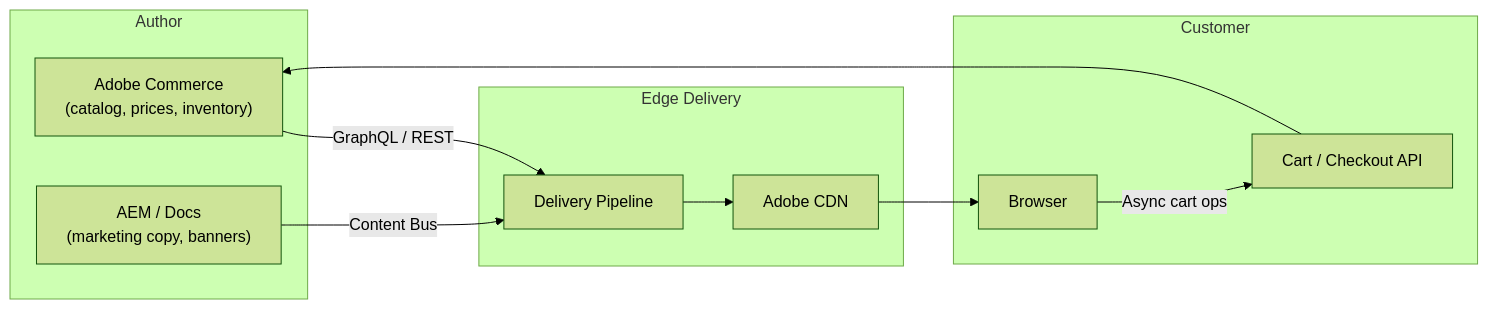
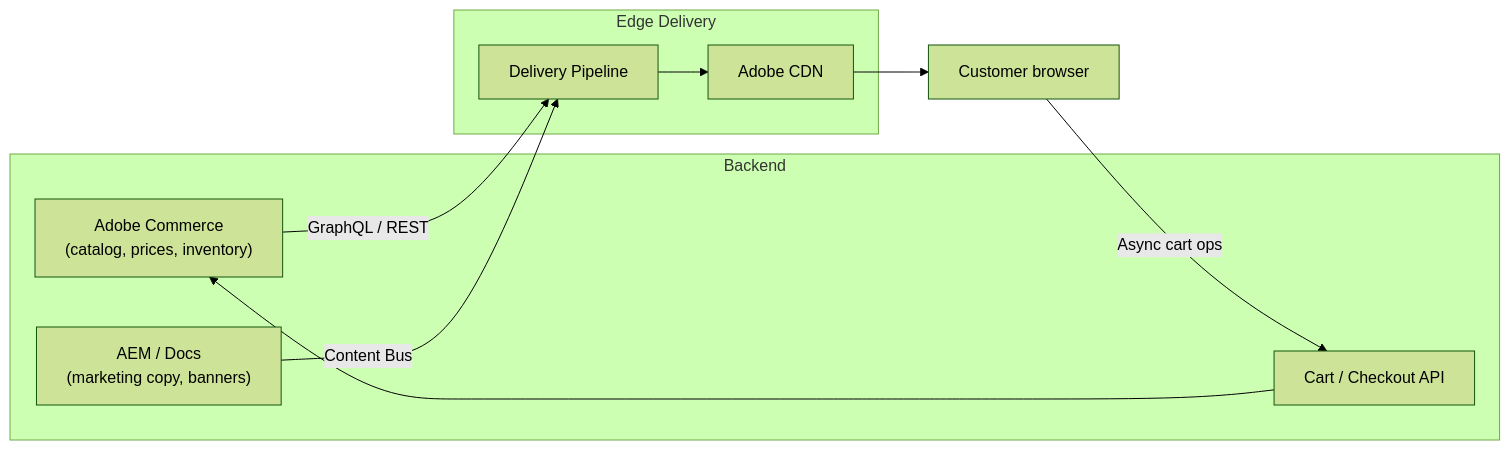
Before and after one commit to LucaNerlich/lucanerlich.com: the diagram in docs/aem/edge-delivery/commerce.mdx, drawn with Mermaid (forest theme). The commit also changed other lines of this file and 111 other files, not shown here.

````diff
--- a/docs/aem/edge-delivery/commerce.mdx
+++ b/docs/aem/edge-delivery/commerce.mdx
@@ -20,24 +20,22 @@
 ```mermaid
 graph LR
-    subgraph "Author"
+    subgraph "Backend"
         Catalog["Adobe Commerce<br/>(catalog, prices, inventory)"]
         Content["AEM / Docs<br/>(marketing copy, banners)"]
+        Cart["Cart / Checkout API"]
     end
 
     subgraph "Edge Delivery"
         Pipeline["Delivery Pipeline"]
         CDN["Adobe CDN"]
     end
 
-    subgraph "Customer"
-        Browser["Browser"]
-        Cart["Cart / Checkout API"]
-    end
+    Browser["Customer browser"]
 
     Catalog -->|"GraphQL / REST"| Pipeline
     Content -->|"Content Bus"| Pipeline
     Pipeline --> CDN
     CDN --> Browser
     Browser -->|"Async cart ops"| Cart
     Cart --> Catalog
 ```
````
